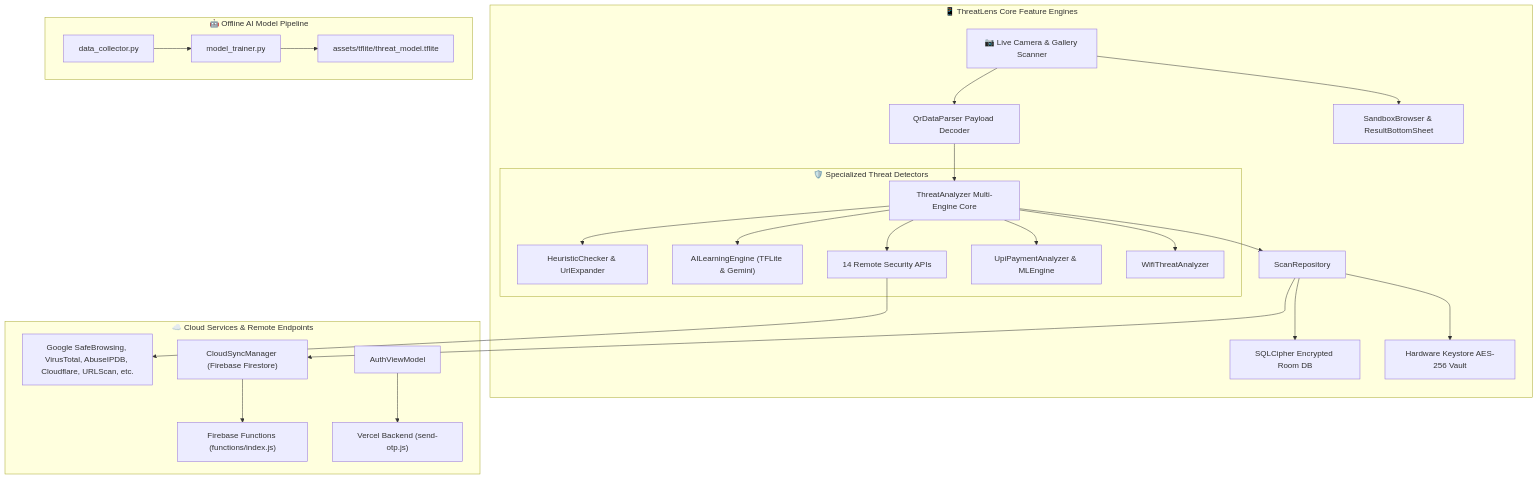
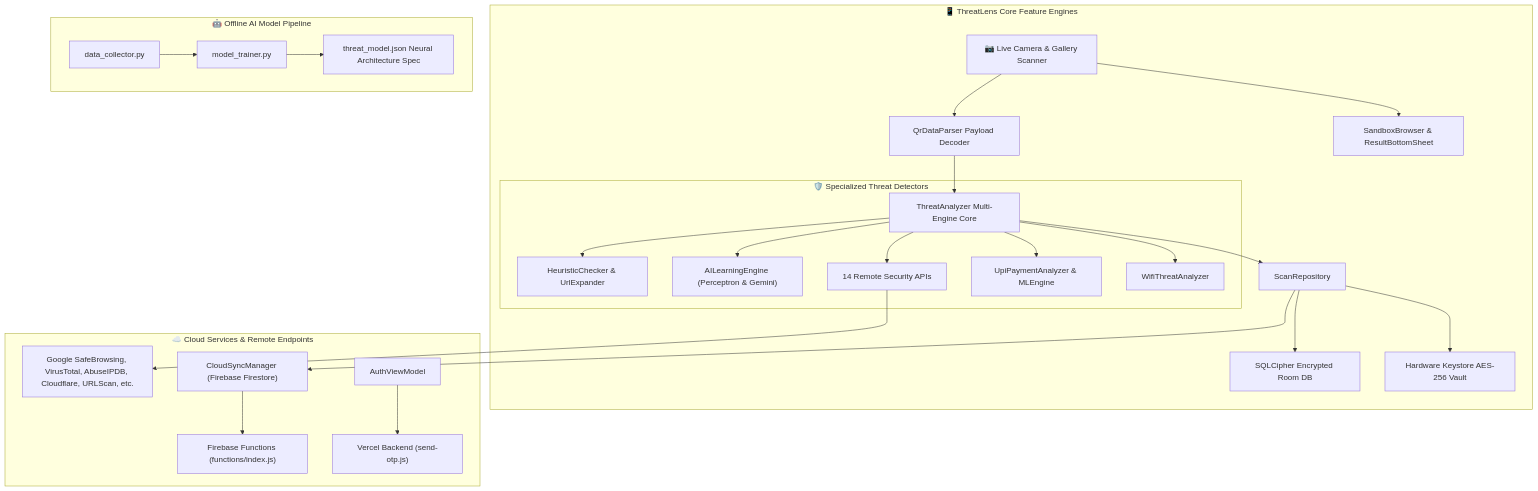
One commit to Satya0810/ThreatLens changed the first of 2 diagrams in PROJECT_STRUCTURE.md. Above: the diagram before and after it, drawn with Mermaid. The commit also changed other lines of this file and 1 other file, not shown here.

````diff
--- a/PROJECT_STRUCTURE.md
+++ b/PROJECT_STRUCTURE.md
@@ -9,33 +9,33 @@
 ```mermaid
 graph TD
     subgraph CoreFeatures ["📱 ThreatLens Core Feature Engines"]
         Scanner["📷 Live Camera & Gallery Scanner"] --> Parser["QrDataParser Payload Decoder"]
         Parser --> MainEngine["ThreatAnalyzer Multi-Engine Core"]
         
         subgraph DetectionSubsystem ["🛡️ Specialized Threat Detectors"]
             MainEngine --> Heuristics["HeuristicChecker & UrlExpander"]
-            MainEngine --> HybridAI["AILearningEngine (TFLite & Gemini)"]
+            MainEngine --> PerceptronAI["AILearningEngine (Perceptron & Gemini)"]
             MainEngine --> CloudAPIs["14 Remote Security APIs"]
             MainEngine --> UpiFraud["UpiPaymentAnalyzer & MLEngine"]
             MainEngine --> WifiSec["WifiThreatAnalyzer"]
         end
 
         MainEngine --> Repo["ScanRepository"]
         Repo --> EncryptedDB["SQLCipher Encrypted Room DB"]
         Repo --> Vault["Hardware Keystore AES-256 Vault"]
         
         Scanner --> SandboxUI["SandboxBrowser & ResultBottomSheet"]
     end
 
     subgraph CloudSubsystem ["☁️ Cloud Services & Remote Endpoints"]
         CloudAPIs --> RemoteServices["Google SafeBrowsing, VirusTotal, AbuseIPDB, Cloudflare, URLScan, etc."]
         Repo --> CloudSync["CloudSyncManager (Firebase Firestore)"]
         CloudSync --> CloudFunctions["Firebase Functions (functions/index.js)"]
         Auth["AuthViewModel"] --> VercelOTP["Vercel Backend (send-otp.js)"]
     end
 
     subgraph AIPipeline ["🤖 Offline AI Model Pipeline"]
         Scraper["data_collector.py"] --> Trainer["model_trainer.py"]
-        Trainer --> TFLiteModels["assets/tflite/threat_model.tflite"]
+        Trainer --> NeuralSpec["threat_model.json Neural Architecture Spec"]
     end
 ```
````
